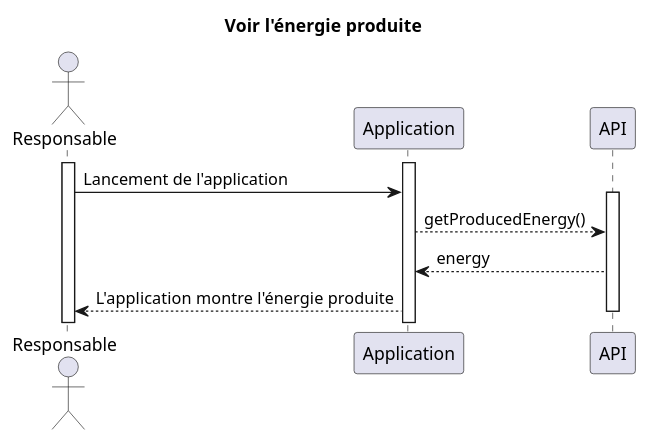
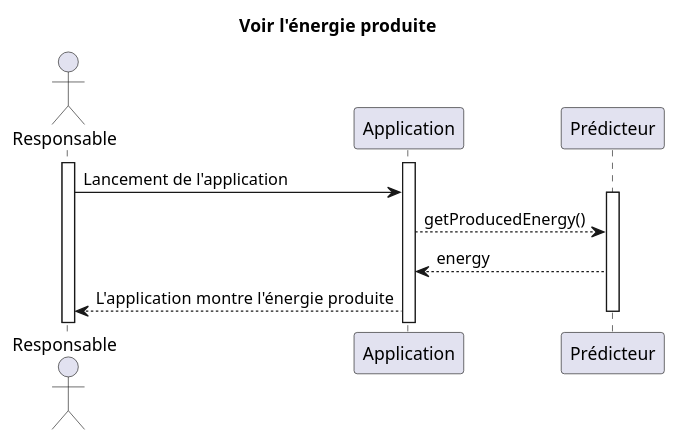
The diagram in diagrams/seq/check_produced_energy.puml (chauffapagnan/documentation), drawn with PlantUML before and after one commit. The commit also changed 8 other files, not shown here.

Commit message:
📝 maj diagrammes

```diff
--- a/diagrams/seq/check_produced_energy.puml
+++ b/diagrams/seq/check_produced_energy.puml
@@ -1,21 +1,21 @@
 @startuml
 
 title Voir l'énergie produite
 
 actor Responsable
 
 activate Responsable
 activate Application
-participant API
+participant Prédicteur
 
 Responsable -> Application: Lancement de l'application
 
-activate API
-Application --> API: getProducedEnergy()
-API --> Application: energy
+activate Prédicteur
+Application --> Prédicteur: getProducedEnergy()
+Prédicteur --> Application: energy
 
 Application --> Responsable: L'application montre l'énergie produite
 
-deactivate API
+deactivate Prédicteur
 
 @enduml
```
